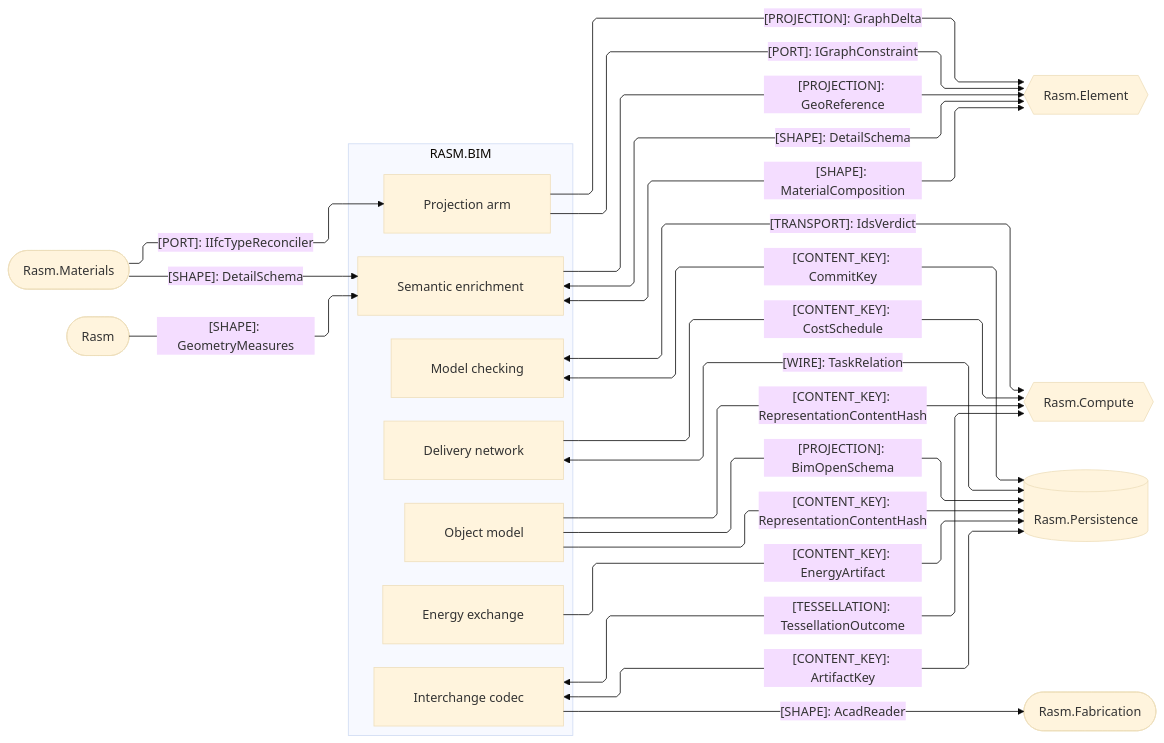
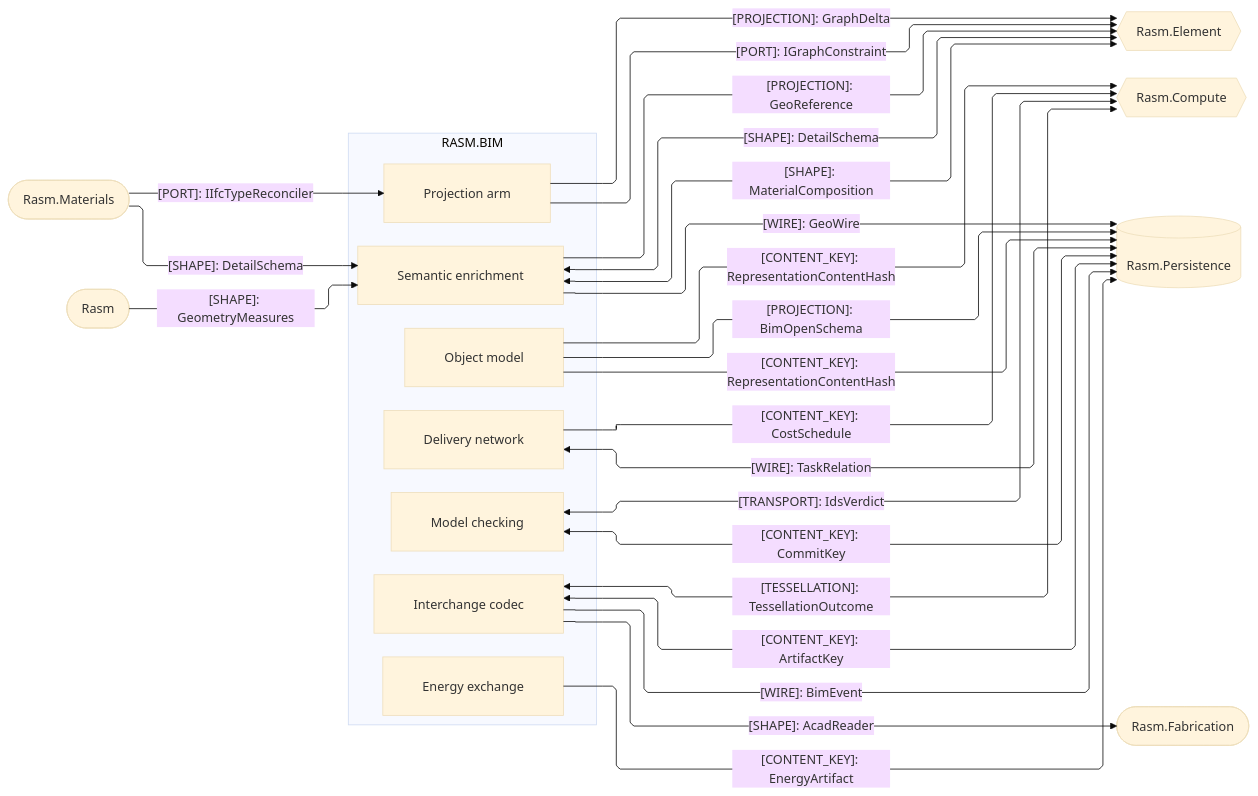
Before and after one commit to bsamiee/Rasm: the second of 3 diagrams in libs/csharp/Rasm.Bim/ARCHITECTURE.md, drawn with Mermaid (base theme). The commit also changed other lines of this file and 124 other files, not shown here.

First line of the commit message:
planning registries: ARCHITECTURE/README/IDEAS/TASKLOG/RULINGS + csproj, campaign-method, CLAUDE.md

````diff
--- a/libs/csharp/Rasm.Bim/ARCHITECTURE.md
+++ b/libs/csharp/Rasm.Bim/ARCHITECTURE.md
@@ -113,46 +114,48 @@
 ```mermaid
 ---
 config:
   layout: elk
   flowchart:
     curve: linear
     padding: 25
 ---
 flowchart LR
     accTitle: Bim same-branch domain and storage seams
     accDescr: Bim sub-domain owners exchanging projections, content keys, and tessellation with the AEC peers Element, Materials, Fabrication, the kernel, Compute, and Persistence — one edge per contract family labeled by kind, bidirectional peers as hexagons, the store as a cylinder, one-way partners as stadiums.
     subgraph bim[RASM.BIM]
         Projection[Projection arm]
         Model[Object model]
         Semantics[Semantic enrichment]
         Exchange[Interchange codec]
         Review[Model checking]
         Energy[Energy exchange]
         Planning[Delivery network]
     end
     Element{{Rasm.Element}}
     Compute{{Rasm.Compute}}
     Persistence[(Rasm.Persistence)]
     Materials([Rasm.Materials])
     Fabrication([Rasm.Fabrication])
     Rasm([Rasm])
     Projection -->|"[PROJECTION]: GraphDelta"| Element
     Projection -->|"[PORT]: IGraphConstraint"| Element
     Semantics <-->|"[SHAPE]: DetailSchema"| Element
     Semantics <-->|"[SHAPE]: MaterialComposition"| Element
     Semantics -->|"[PROJECTION]: GeoReference"| Element
     Materials -->|"[PORT]: IIfcTypeReconciler"| Projection
     Materials -->|"[SHAPE]: DetailSchema"| Semantics
     Exchange -->|"[SHAPE]: AcadReader"| Fabrication
     Rasm -->|"[SHAPE]: GeometryMeasures"| Semantics
     Model -->|"[CONTENT_KEY]: RepresentationContentHash"| Compute
     Exchange <-->|"[TESSELLATION]: TessellationOutcome"| Compute
     Review <-->|"[TRANSPORT]: IdsVerdict"| Compute
     Planning -->|"[CONTENT_KEY]: CostSchedule"| Compute
     Model -->|"[PROJECTION]: BimOpenSchema"| Persistence
     Model -->|"[CONTENT_KEY]: RepresentationContentHash"| Persistence
     Exchange <-->|"[CONTENT_KEY]: ArtifactKey"| Persistence
+    Exchange -->|"[WIRE]: BimEvent"| Persistence
     Review <-->|"[CONTENT_KEY]: CommitKey"| Persistence
     Energy -->|"[CONTENT_KEY]: EnergyArtifact"| Persistence
     Planning <-->|"[WIRE]: TaskRelation"| Persistence
+    Semantics -->|"[WIRE]: GeoWire"| Persistence
 ```
````
